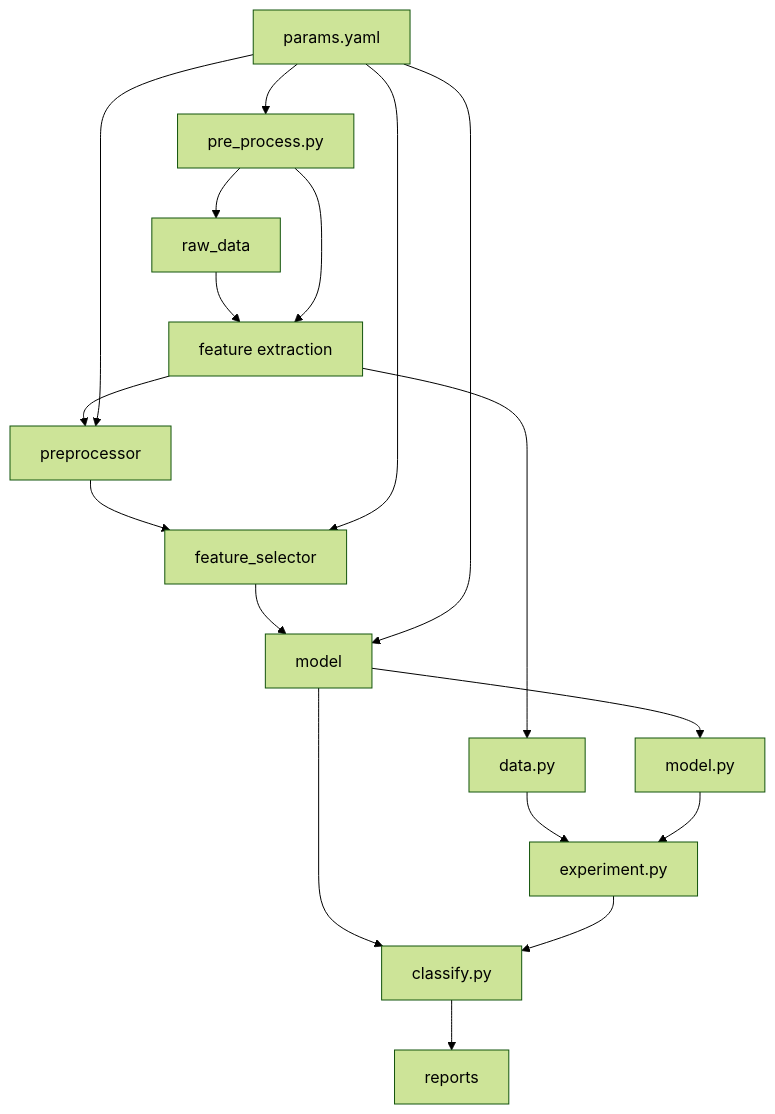
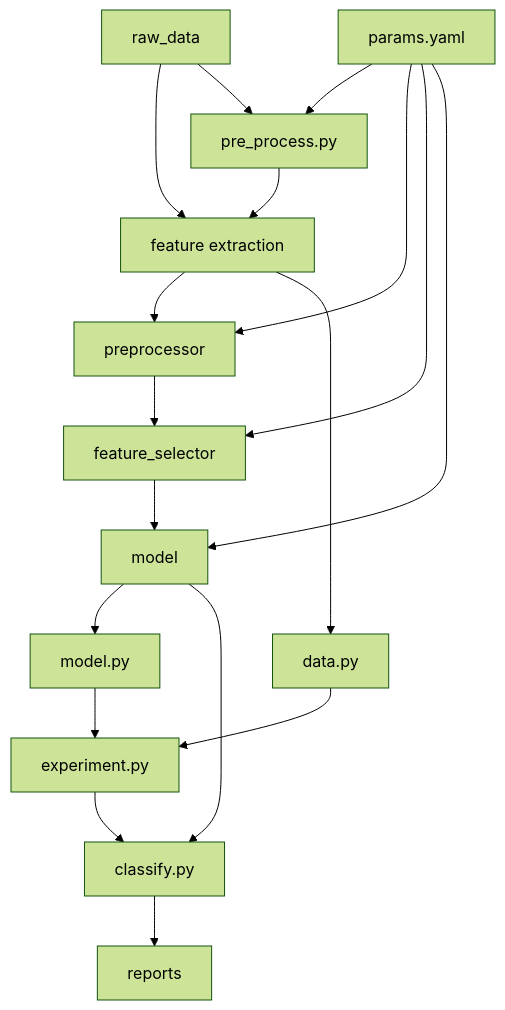
The diagram in README.md (simplymathematics/as_activity_recognition), drawn with Mermaid (forest theme) before and after one commit.

````diff
--- a/README.md
+++ b/README.md
@@ -9,26 +9,27 @@
 ```mermaid
 flowchart TD
 	node1["raw_data"]
 	node2["feature extraction"]
 	node3["preprocessor"]
 	node4["feature_selector"]
 	node5["model"]
 	node8["pre_process.py"]
 	node9["classify.py"]
 	node10["data.py"]
 	node11["model.py"]
 	node12["experiment.py"]
 	node13["params.yaml"]
 	node14["reports"]
 	node1-->node2-->node3-->node4-->node5-->node11
 	node5-->node9
-	node13-->node8-->node1
+	node13-->node8
+	node1-->node8
 	node8-->node2
 	node13-->node3
 	node10-->node12
 	node11-->node12-->node9
 	node2-->node10
 	node9-->node14
 	node13-->node4
 	node13-->node5
 ```
````
